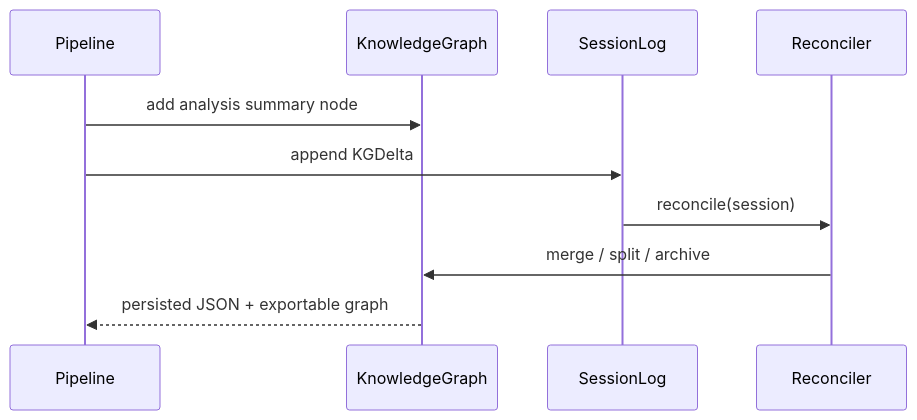
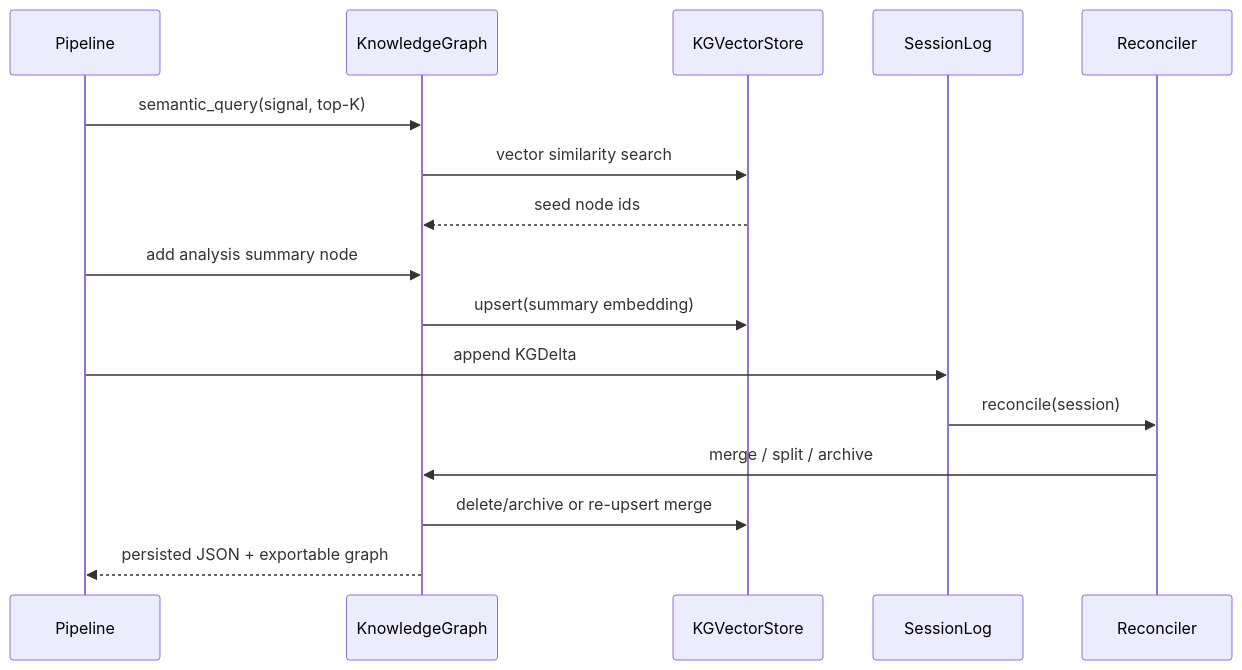
One commit to Theclimateguy/Freeman changed the third of 6 diagrams in docs/ARCHITECTURE.md. Above: the diagram before and after it, drawn with Mermaid. The commit also changed other lines of this file and 19 other files, not shown here.

````diff
--- a/docs/ARCHITECTURE.md
+++ b/docs/ARCHITECTURE.md
@@ -124,13 +124,19 @@
 ```mermaid
 sequenceDiagram
     participant P as Pipeline
     participant KG as KnowledgeGraph
+    participant VS as KGVectorStore
     participant SL as SessionLog
     participant R as Reconciler
 
+    P->>KG: semantic_query(signal, top-K)
+    KG->>VS: vector similarity search
+    VS-->>KG: seed node ids
     P->>KG: add analysis summary node
+    KG->>VS: upsert(summary embedding)
     P->>SL: append KGDelta
     SL->>R: reconcile(session)
     R->>KG: merge / split / archive
+    KG->>VS: delete/archive or re-upsert merge
     KG-->>P: persisted JSON + exportable graph
 ```
````
